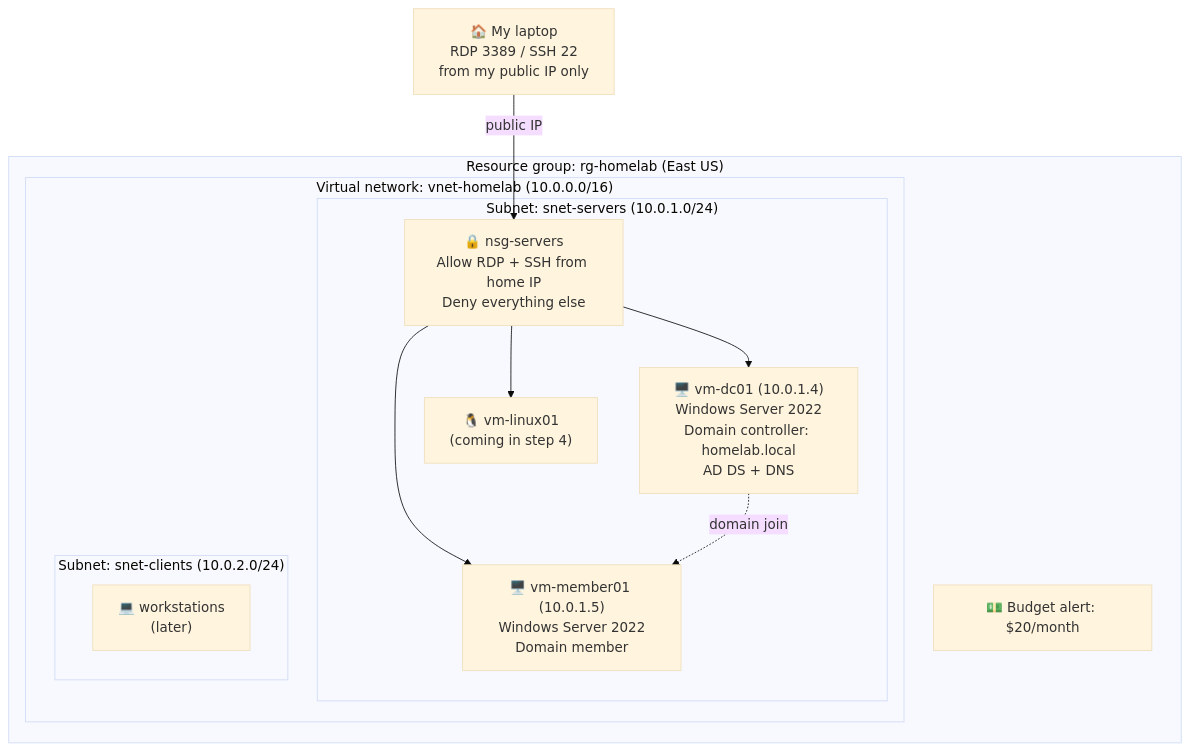
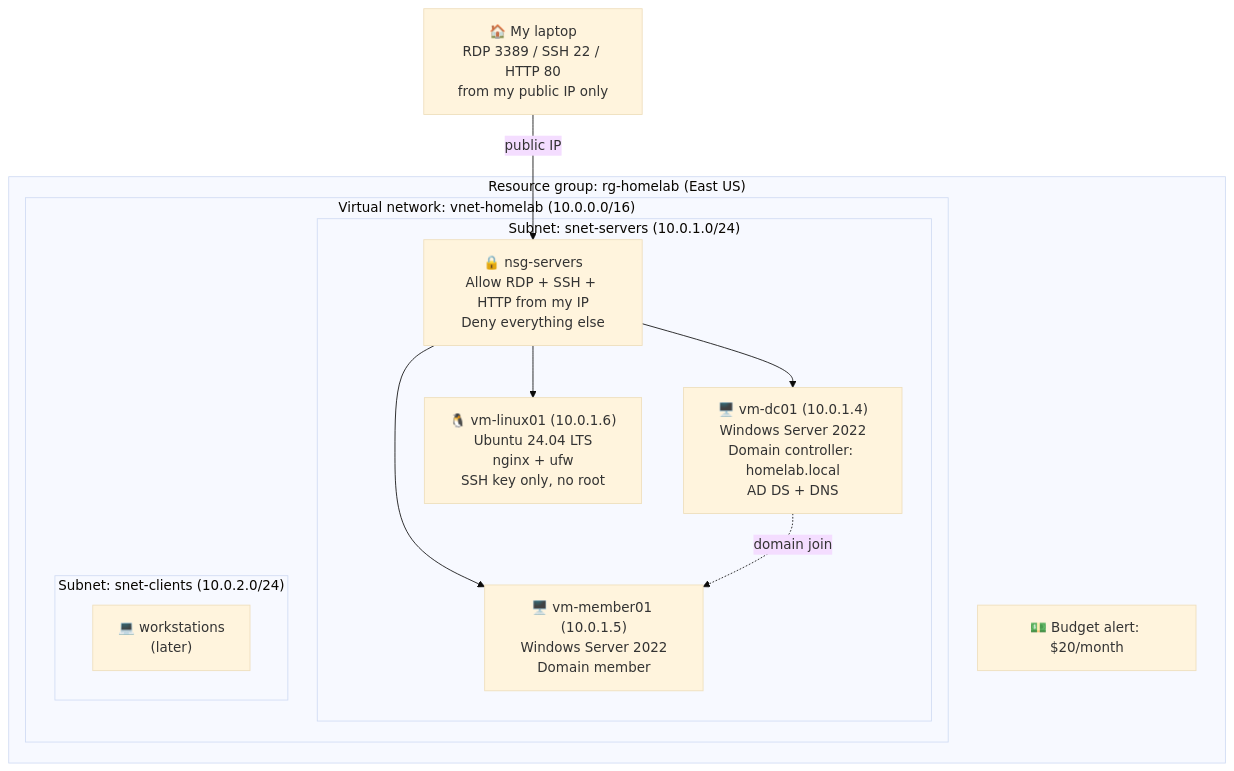
One commit to KyleG6495/azure-home-lab changed the diagram in README.md. Above: the diagram before and after it, drawn with Mermaid (base theme). The commit also changed other lines of this file, not shown here.

Commit message:
Mark step 4 complete, add Linux to diagram and lessons

````diff
--- a/README.md
+++ b/README.md
@@ -27,23 +28,23 @@
 ```mermaid
 flowchart TB
-    Home["🏠 My laptop<br/>RDP 3389 / SSH 22<br/>from my public IP only"]
+    Home["🏠 My laptop<br/>RDP 3389 / SSH 22 / HTTP 80<br/>from my public IP only"]
     subgraph RG["Resource group: rg-homelab (East US)"]
         subgraph VNET["Virtual network: vnet-homelab (10.0.0.0/16)"]
             subgraph SRV["Subnet: snet-servers (10.0.1.0/24)"]
-                NSG["🔒 nsg-servers<br/>Allow RDP + SSH from home IP<br/>Deny everything else"]
+                NSG["🔒 nsg-servers<br/>Allow RDP + SSH + HTTP from my IP<br/>Deny everything else"]
                 DC["🖥️ vm-dc01 (10.0.1.4)<br/>Windows Server 2022<br/>Domain controller: homelab.local<br/>AD DS + DNS"]
                 MEM["🖥️ vm-member01 (10.0.1.5)<br/>Windows Server 2022<br/>Domain member"]
-                LNX["🐧 vm-linux01<br/>(coming in step 4)"]
+                LNX["🐧 vm-linux01 (10.0.1.6)<br/>Ubuntu 24.04 LTS<br/>nginx + ufw<br/>SSH key only, no root"]
             end
             subgraph CLI["Subnet: snet-clients (10.0.2.0/24)"]
                 WS["💻 workstations<br/>(later)"]
             end
         end
         BUDGET["💵 Budget alert: $20/month"]
     end
     Home -->|"public IP"| NSG
     NSG --> DC
     NSG --> MEM
     NSG --> LNX
     DC -. "domain join" .-> MEM
 ```
````
